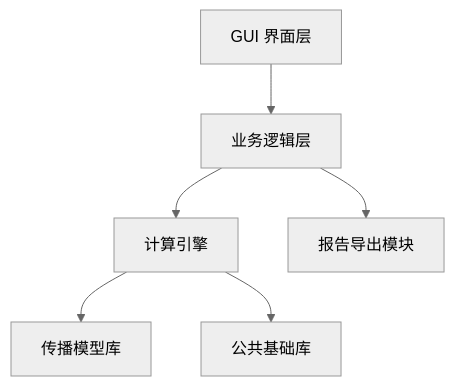
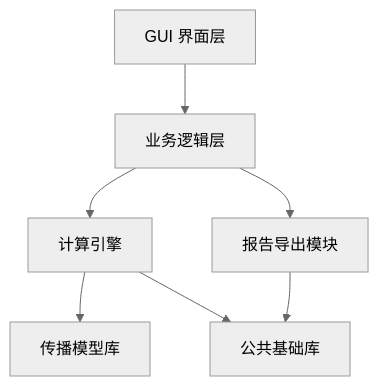
Before and after one commit to yanwx54/RT-TETRA-Cover-Studio: the first of 2 diagrams in docs/02_系统总体设计.md, drawn with Mermaid (neutral theme). The commit also changed other lines of this file and 12 other files, not shown here.

````diff
--- a/docs/02_系统总体设计.md
+++ b/docs/02_系统总体设计.md
@@ -265,25 +234,16 @@
 ```mermaid
 flowchart TB
+    UI["GUI 界面层"]
+    APP["业务逻辑层"]
+    ENGINE["计算引擎"]
+    MODEL["传播模型库"]
+    COMMON["公共基础库"]
+    REPORT["报告导出模块"]
 
-UI["GUI 界面层"]
-
-APP["业务逻辑层"]
-
-ENGINE["计算引擎"]
-
-MODEL["传播模型库"]
-
-COMMON["公共基础库"]
-
-REPORT["报告导出模块"]
-
-UI --> APP
-
-APP --> ENGINE
-
-ENGINE --> MODEL
-
-ENGINE --> COMMON
-
-APP --> REPORT
+    UI --> APP
+    APP --> ENGINE
+    ENGINE --> MODEL
+    ENGINE --> COMMON
+    APP --> REPORT
+    REPORT --> COMMON
 ```
````
